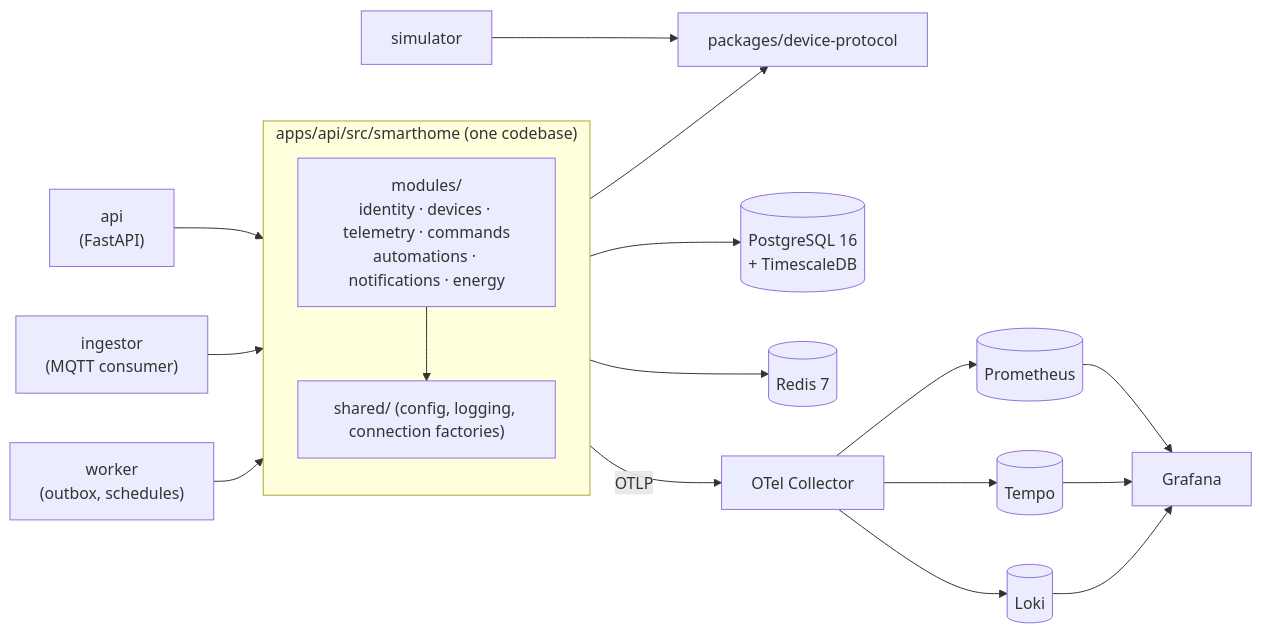
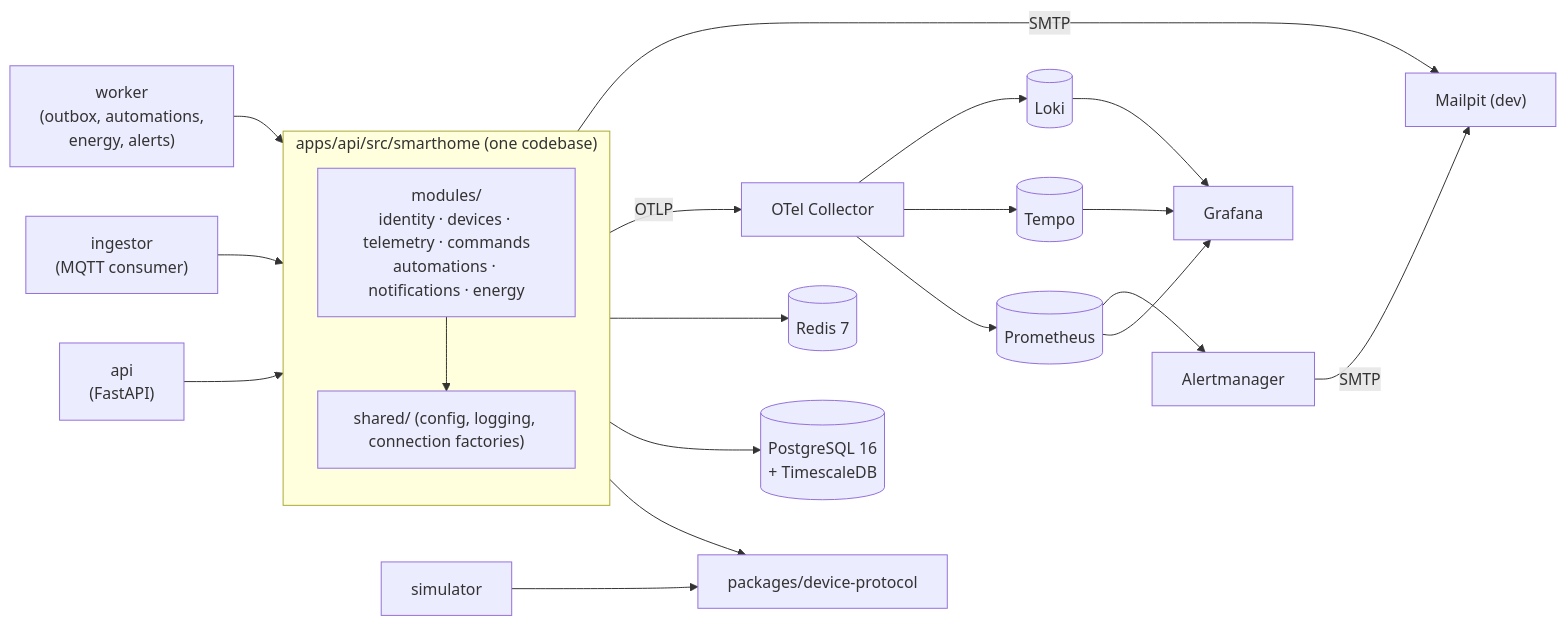
One commit to dev-danilocordeiro/smarthome-hub changed the diagram in README.md. Above: the diagram before and after it, drawn with Mermaid. The commit also changed other lines of this file and 104 other files, not shown here.

First line of the commit message:
feat: energy, alerts and notifications, dashboards, operational alerting and load test (phase 10) (#9)

````diff
--- a/README.md
+++ b/README.md
@@ -26,21 +31,23 @@
 ```mermaid
 flowchart LR
   subgraph monolith["apps/api/src/smarthome (one codebase)"]
     direction TB
     modules["modules/<br/>identity · devices · telemetry · commands<br/>automations · notifications · energy"]
     shared["shared/ (config, logging, connection factories)"]
     modules --> shared
   end
   api["api<br/>(FastAPI)"] --> monolith
   ingestor["ingestor<br/>(MQTT consumer)"] --> monolith
-  worker["worker<br/>(outbox, schedules)"] --> monolith
+  worker["worker<br/>(outbox, automations,<br/>energy, alerts)"] --> monolith
   simulator["simulator"] --> protocol["packages/device-protocol"]
   monolith --> protocol
   monolith --> pg[("PostgreSQL 16<br/>+ TimescaleDB")]
   monolith --> redis[("Redis 7")]
   monolith -- OTLP --> otel["OTel Collector"]
   otel --> prom[("Prometheus")]
   otel --> tempo[("Tempo")]
   otel --> loki[("Loki")]
   prom & tempo & loki --> grafana["Grafana"]
+  prom --> am["Alertmanager"]
+  am & monolith -- SMTP --> mail["Mailpit (dev)"]
 ```
````
